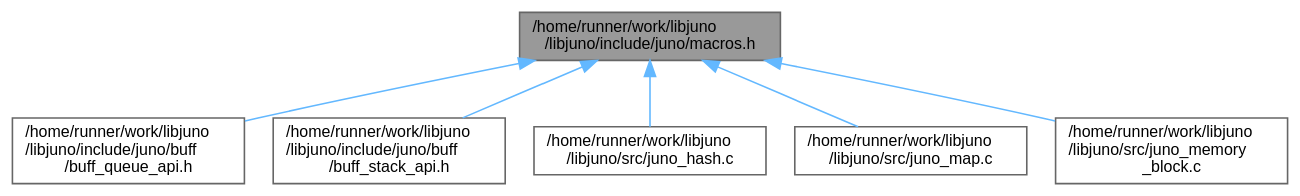
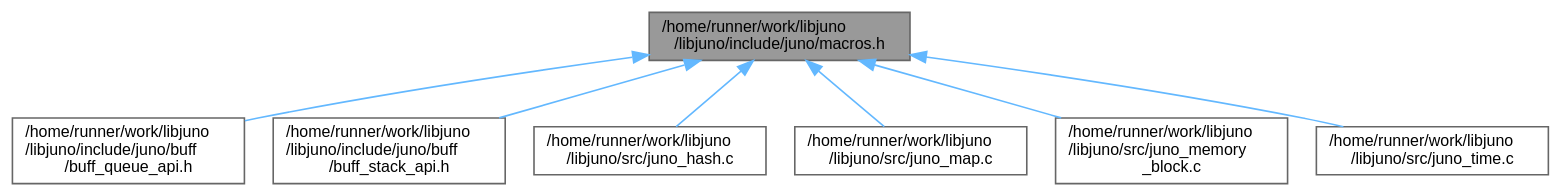
Before and after one commit to robinonsay/libjuno: the diagram in macros_8h__dep__incl.dot, drawn with Graphviz. The commit also changed 194 other files, not shown here.

```diff
--- a/macros_8h__dep__incl.dot
+++ b/macros_8h__dep__incl.dot
@@ -1,18 +1,20 @@
 digraph "/home/runner/work/libjuno/libjuno/include/juno/macros.h"
 {
  // LATEX_PDF_SIZE
   bgcolor="transparent";
   edge [fontname=Helvetica,fontsize=10,labelfontname=Helvetica,labelfontsize=10];
   node [fontname=Helvetica,fontsize=10,shape=box,height=0.2,width=0.4];
   Node1 [id="Node000001",label="/home/runner/work/libjuno\l/libjuno/include/juno/macros.h",height=0.2,width=0.4,color="gray40", fillcolor="grey60", style="filled", fontcolor="black",tooltip=" "];
   Node1 -> Node2 [id="edge1_Node000001_Node000002",dir="back",color="steelblue1",style="solid",tooltip=" "];
   Node2 [id="Node000002",label="/home/runner/work/libjuno\l/libjuno/include/juno/buff\l/buff_queue_api.h",height=0.2,width=0.4,color="grey40", fillcolor="white", style="filled",URL="$buff__queue__api_8h.html",tooltip=" "];
   Node1 -> Node3 [id="edge2_Node000001_Node000003",dir="back",color="steelblue1",style="solid",tooltip=" "];
   Node3 [id="Node000003",label="/home/runner/work/libjuno\l/libjuno/include/juno/buff\l/buff_stack_api.h",height=0.2,width=0.4,color="grey40", fillcolor="white", style="filled",URL="$buff__stack__api_8h.html",tooltip=" "];
   Node1 -> Node4 [id="edge3_Node000001_Node000004",dir="back",color="steelblue1",style="solid",tooltip=" "];
   Node4 [id="Node000004",label="/home/runner/work/libjuno\l/libjuno/src/juno_hash.c",height=0.2,width=0.4,color="grey40", fillcolor="white", style="filled",URL="$juno__hash_8c.html",tooltip=" "];
   Node1 -> Node5 [id="edge4_Node000001_Node000005",dir="back",color="steelblue1",style="solid",tooltip=" "];
   Node5 [id="Node000005",label="/home/runner/work/libjuno\l/libjuno/src/juno_map.c",height=0.2,width=0.4,color="grey40", fillcolor="white", style="filled",URL="$juno__map_8c.html",tooltip=" "];
   Node1 -> Node6 [id="edge5_Node000001_Node000006",dir="back",color="steelblue1",style="solid",tooltip=" "];
   Node6 [id="Node000006",label="/home/runner/work/libjuno\l/libjuno/src/juno_memory\l_block.c",height=0.2,width=0.4,color="grey40", fillcolor="white", style="filled",URL="$juno__memory__block_8c.html",tooltip=" "];
+  Node1 -> Node7 [id="edge6_Node000001_Node000007",dir="back",color="steelblue1",style="solid",tooltip=" "];
+  Node7 [id="Node000007",label="/home/runner/work/libjuno\l/libjuno/src/juno_time.c",height=0.2,width=0.4,color="grey40", fillcolor="white", style="filled",URL="$juno__time_8c.html",tooltip=" "];
 }
```
